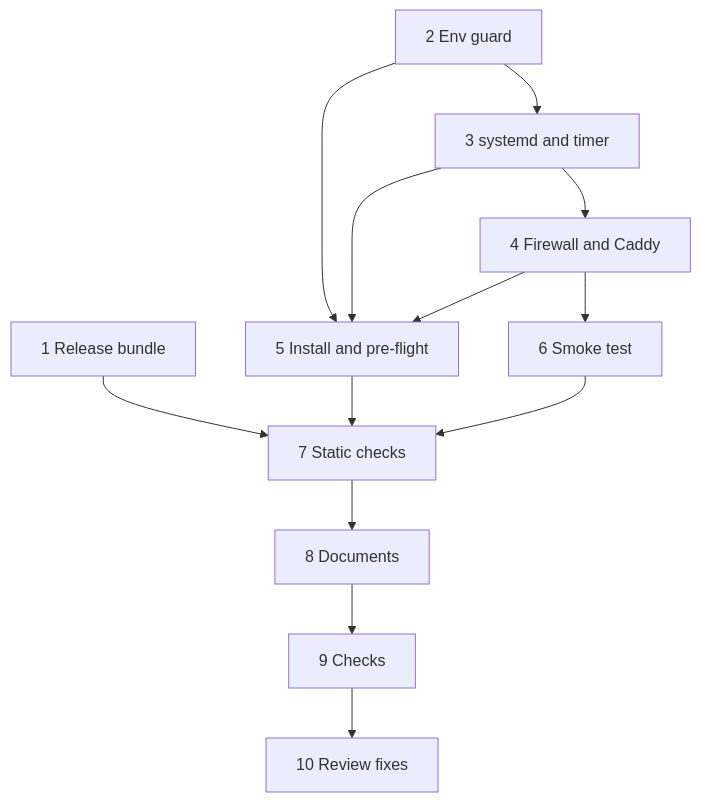
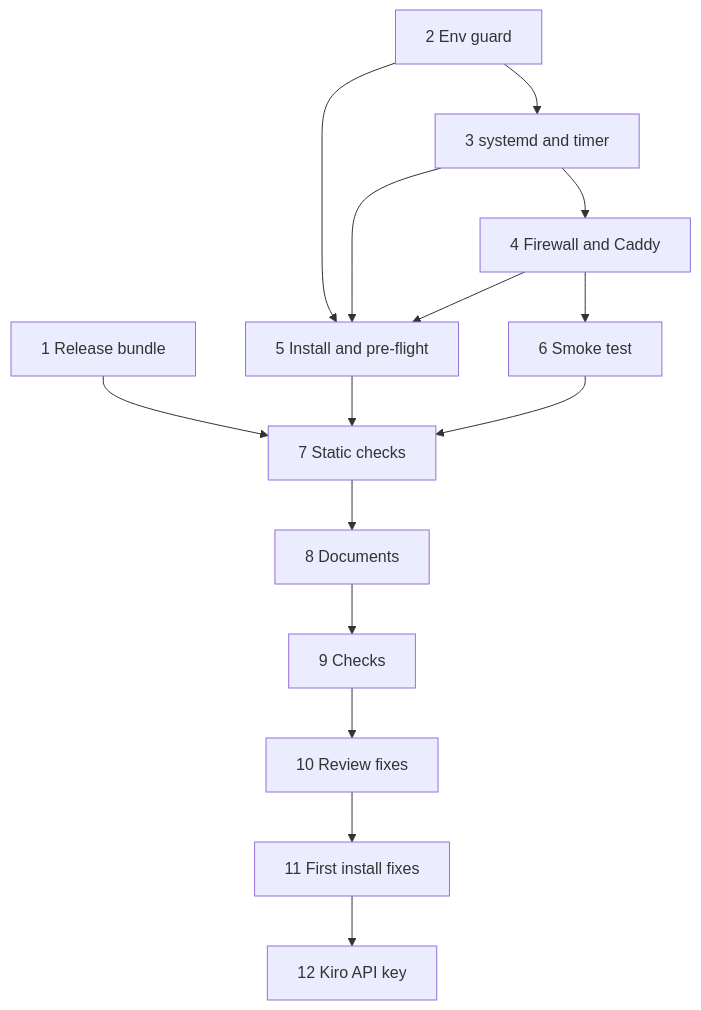
One commit to Akar-Samudra-Artifisial/Haunted-Ops changed the diagram in .kiro/specs/deploy-demo/tasks.md. Above: the diagram before and after it, drawn with Mermaid. The commit also changed other lines of this file and 25 other files, not shown here.

First line of the commit message:
feat(deploy): fix first install and add Kiro API key auth

````diff
--- a/.kiro/specs/deploy-demo/tasks.md
+++ b/.kiro/specs/deploy-demo/tasks.md
@@ -74,15 +93,17 @@
 ```mermaid
 graph TD
   T1[1 Release bundle] --> T7[7 Static checks]
   T2[2 Env guard] --> T3[3 systemd and timer]
   T2 --> T5[5 Install and pre-flight]
   T3 --> T4[4 Firewall and Caddy]
   T3 --> T5
   T4 --> T5
   T5 --> T7
   T4 --> T6[6 Smoke test]
   T6 --> T7
   T7 --> T8[8 Documents]
   T8 --> T9[9 Checks]
   T9 --> T10[10 Review fixes]
+  T10 --> T11[11 First install fixes]
+  T11 --> T12[12 Kiro API key]
 ```
````
